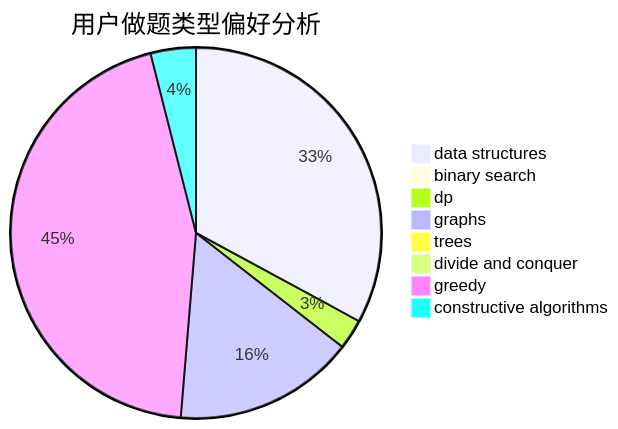
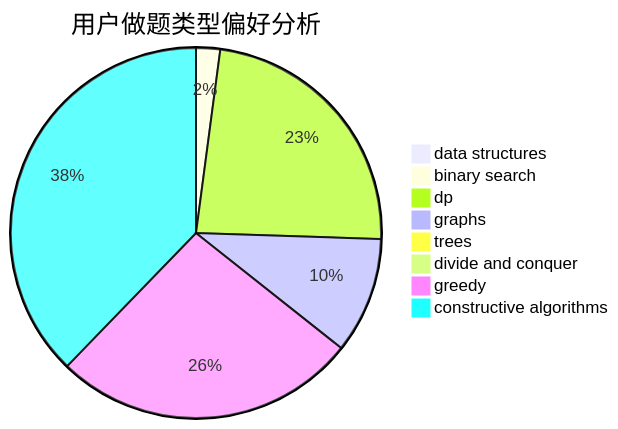
Before and after one commit to sherpahu/cfrs.github.io: the second of 3 diagrams in docs/user/u1770.md, drawn with Mermaid. The commit also changed other lines of this file and 2770 other files, not shown here.

````diff
--- a/docs/user/u1770.md
+++ b/docs/user/u1770.md
@@ -23,11 +23,11 @@
 ```mermaid
 pie title 用户做题类型偏好分析
-    "data structures" :  25
-    "binary search" :  0
-    "dp" :  2
-    "graphs" :  12
+    "data structures" :  1
+    "binary search" :  6
+    "dp" :  67
+    "graphs" :  29
     "trees" :  0
-    "divide and conquer" :  0
-    "greedy" :  34
-    "constructive algorithms" :  3
+    "divide and conquer" :  1
+    "greedy" :  76
+    "constructive algorithms" :  108
 ```
````
